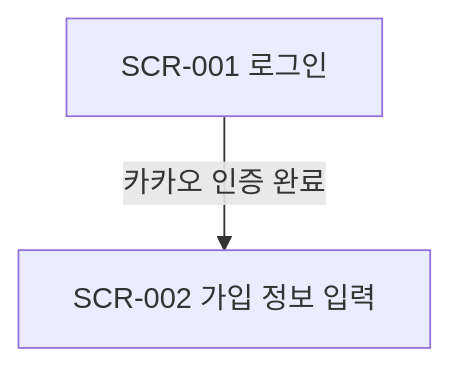
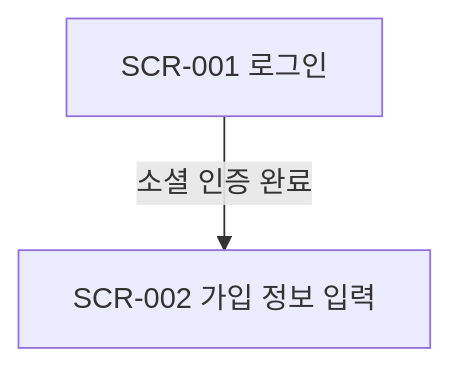
One commit to hoik-ryu/ai-product-workflow changed the diagram in skills/product-design/templates/03-screen-flows.md. Above: the diagram before and after it, drawn with Mermaid. The commit also changed 19 other files, not shown here.

````diff
--- a/skills/product-design/templates/03-screen-flows.md
+++ b/skills/product-design/templates/03-screen-flows.md
@@ -16,4 +16,4 @@
 ```mermaid
 flowchart TD
-  SCR-001[SCR-001 로그인] -->|카카오 인증 완료| SCR-002[SCR-002 가입 정보 입력]
+  SCR-001[SCR-001 로그인] -->|소셜 인증 완료| SCR-002[SCR-002 가입 정보 입력]
 ```
````
